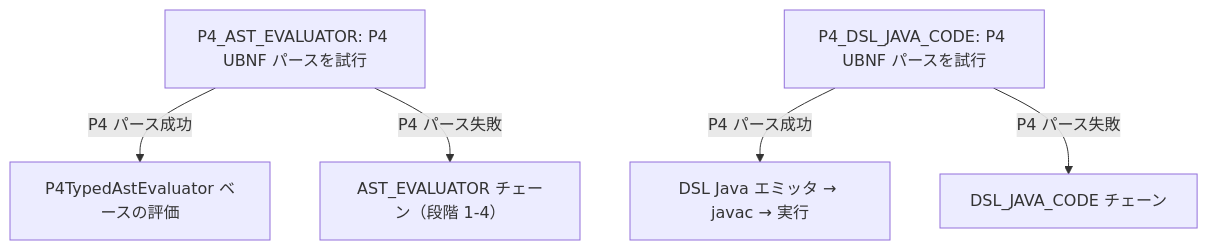
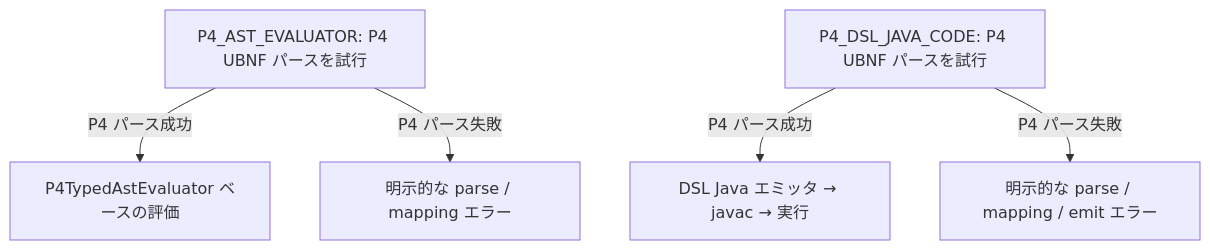
The third of 10 diagrams in spec/SPEC.md (opaopa6969/tinyexpression), drawn with Mermaid before and after one commit. The commit also changed other lines of this file and 21 other files, not shown here.

````diff
--- a/spec/SPEC.md
+++ b/spec/SPEC.md
@@ -733,16 +731,16 @@
 ```mermaid
 flowchart TD
     P4TRY1["P4_AST_EVALUATOR: P4 UBNF パースを試行"]
     P4OK1["P4TypedAstEvaluator ベースの評価"]
-    P4NG1["AST_EVALUATOR チェーン（段階 1-4）"]
+    P4NG1["明示的な parse / mapping エラー"]
 
     P4TRY2["P4_DSL_JAVA_CODE: P4 UBNF パースを試行"]
     P4OK2["DSL Java エミッタ → javac → 実行"]
-    P4NG2["DSL_JAVA_CODE チェーン"]
+    P4NG2["明示的な parse / mapping / emit エラー"]
 
     P4TRY1 -->|"P4 パース成功"| P4OK1
     P4TRY1 -->|"P4 パース失敗"| P4NG1
 
     P4TRY2 -->|"P4 パース成功"| P4OK2
     P4TRY2 -->|"P4 パース失敗"| P4NG2
 ```
````
